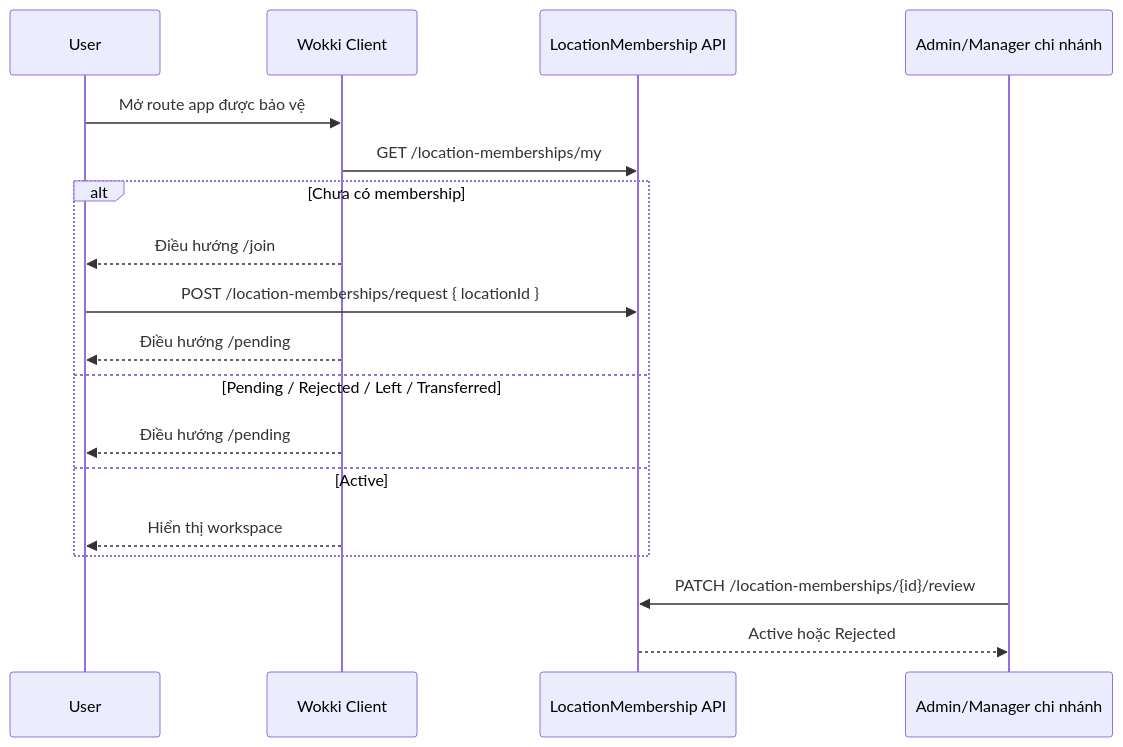
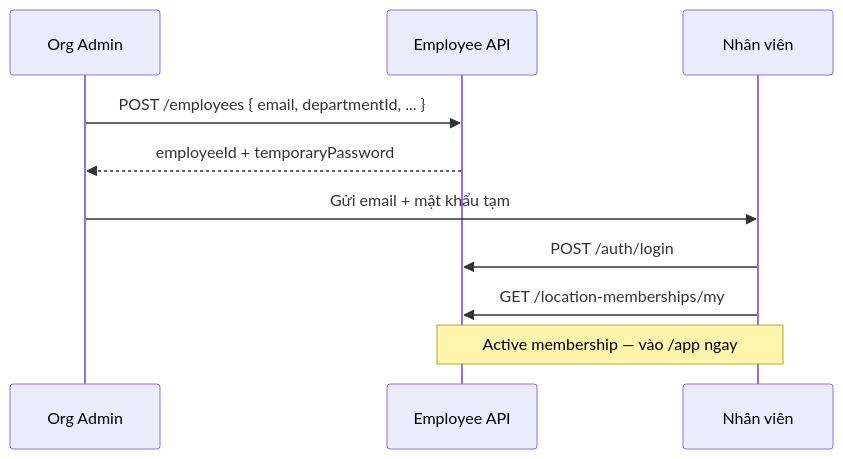
The second of 13 diagrams in docs/vi/process-flows.md (darrenak403/wokki-server), drawn with Mermaid before and after one commit. The commit also changed other lines of this file and 183 other files, not shown here.

First line of the commit message:
Update documentation for branch workspace access and membership management

````diff
--- a/docs/vi/process-flows.md
+++ b/docs/vi/process-flows.md
@@ -22,21 +24,13 @@
 ```mermaid
 sequenceDiagram
-    participant U as User
-    participant FE as Wokki Client
-    participant API as LocationMembership API
-    participant R as Admin/Manager chi nhánh
+    participant A as Org Admin
+    participant API as Employee API
+    participant E as Nhân viên
 
-    U->>FE: Mở route app được bảo vệ
-    FE->>API: GET /location-memberships/my
-    alt Chưa có membership
-        FE-->>U: Điều hướng /join
-        U->>API: POST /location-memberships/request { locationId }
-        FE-->>U: Điều hướng /pending
-    else Pending / Rejected / Left / Transferred
-        FE-->>U: Điều hướng /pending
-    else Active
-        FE-->>U: Hiển thị workspace
-    end
-    R->>API: PATCH /location-memberships/{id}/review
-    API-->>R: Active hoặc Rejected
+    A->>API: POST /employees { email, departmentId, ... }
+    API-->>A: employeeId + temporaryPassword
+    A->>E: Gửi email + mật khẩu tạm
+    E->>API: POST /auth/login
+    E->>API: GET /location-memberships/my
+    Note over E,API: Active membership — vào /app ngay
 ```
````
